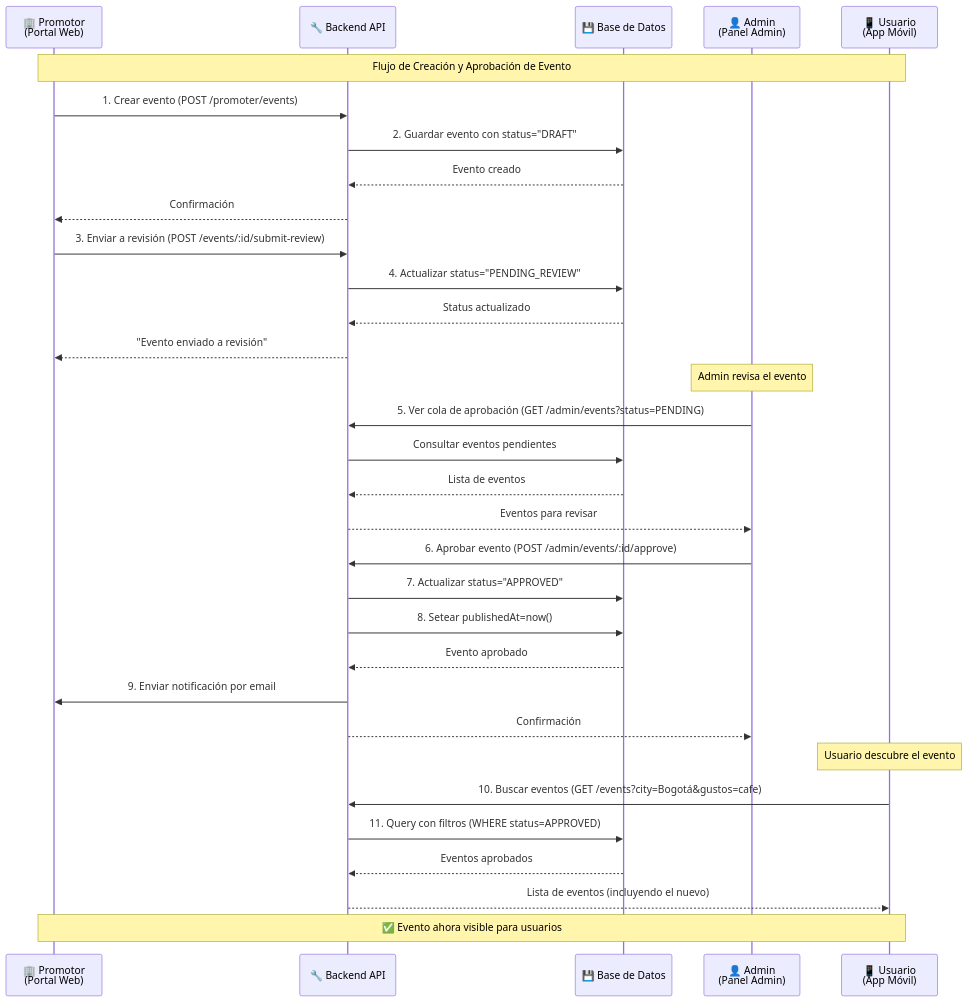
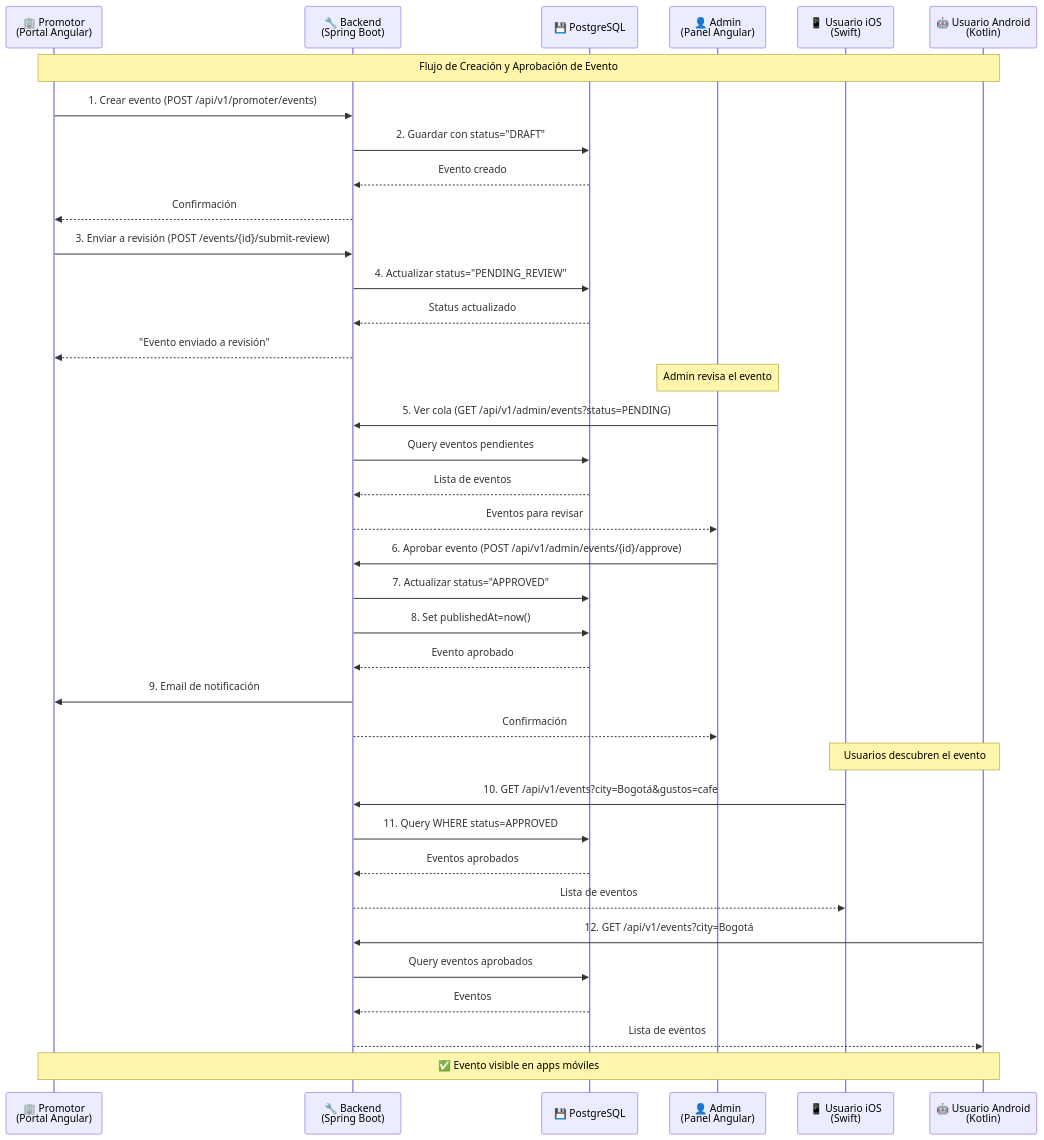
One commit to juansuarez-pragma/amigusto_doc changed the second of 12 diagrams in DIAGRAMAS.md. Above: the diagram before and after it, drawn with Mermaid. The commit also changed other lines of this file and 2 other files, not shown here.

````diff
--- a/DIAGRAMAS.md
+++ b/DIAGRAMAS.md
@@ -62,43 +65,49 @@
 ```mermaid
 sequenceDiagram
-    participant P as 🏢 Promotor<br/>(Portal Web)
-    participant API as 🔧 Backend API
-    participant DB as 💾 Base de Datos
-    participant A as 👤 Admin<br/>(Panel Admin)
-    participant U as 📱 Usuario<br/>(App Móvil)
+    participant P as 🏢 Promotor<br/>(Portal Angular)
+    participant API as 🔧 Backend<br/>(Spring Boot)
+    participant DB as 💾 PostgreSQL
+    participant A as 👤 Admin<br/>(Panel Angular)
+    participant iOS as 📱 Usuario iOS<br/>(Swift)
+    participant Android as 🤖 Usuario Android<br/>(Kotlin)
 
-    Note over P,U: Flujo de Creación y Aprobación de Evento
+    Note over P,Android: Flujo de Creación y Aprobación de Evento
 
-    P->>API: 1. Crear evento (POST /promoter/events)
-    API->>DB: 2. Guardar evento con status="DRAFT"
+    P->>API: 1. Crear evento (POST /api/v1/promoter/events)
+    API->>DB: 2. Guardar con status="DRAFT"
     DB-->>API: Evento creado
     API-->>P: Confirmación
 
-    P->>API: 3. Enviar a revisión (POST /events/:id/submit-review)
+    P->>API: 3. Enviar a revisión (POST /events/{id}/submit-review)
     API->>DB: 4. Actualizar status="PENDING_REVIEW"
     DB-->>API: Status actualizado
     API-->>P: "Evento enviado a revisión"
 
     Note over A: Admin revisa el evento
 
-    A->>API: 5. Ver cola de aprobación (GET /admin/events?status=PENDING)
-    API->>DB: Consultar eventos pendientes
+    A->>API: 5. Ver cola (GET /api/v1/admin/events?status=PENDING)
+    API->>DB: Query eventos pendientes
     DB-->>API: Lista de eventos
     API-->>A: Eventos para revisar
 
-    A->>API: 6. Aprobar evento (POST /admin/events/:id/approve)
+    A->>API: 6. Aprobar evento (POST /api/v1/admin/events/{id}/approve)
     API->>DB: 7. Actualizar status="APPROVED"
-    API->>DB: 8. Setear publishedAt=now()
+    API->>DB: 8. Set publishedAt=now()
     DB-->>API: Evento aprobado
-    API->>P: 9. Enviar notificación por email
+    API->>P: 9. Email de notificación
     API-->>A: Confirmación
 
-    Note over U: Usuario descubre el evento
+    Note over iOS,Android: Usuarios descubren el evento
 
-    U->>API: 10. Buscar eventos (GET /events?city=Bogotá&gustos=cafe)
-    API->>DB: 11. Query con filtros (WHERE status=APPROVED)
+    iOS->>API: 10. GET /api/v1/events?city=Bogotá&gustos=cafe
+    API->>DB: 11. Query WHERE status=APPROVED
     DB-->>API: Eventos aprobados
-    API-->>U: Lista de eventos (incluyendo el nuevo)
+    API-->>iOS: Lista de eventos
 
-    Note over P,U: ✅ Evento ahora visible para usuarios
+    Android->>API: 12. GET /api/v1/events?city=Bogotá
+    API->>DB: Query eventos aprobados
+    DB-->>API: Eventos
+    API-->>Android: Lista de eventos
+
+    Note over P,Android: ✅ Evento visible en apps móviles
 ```
````
